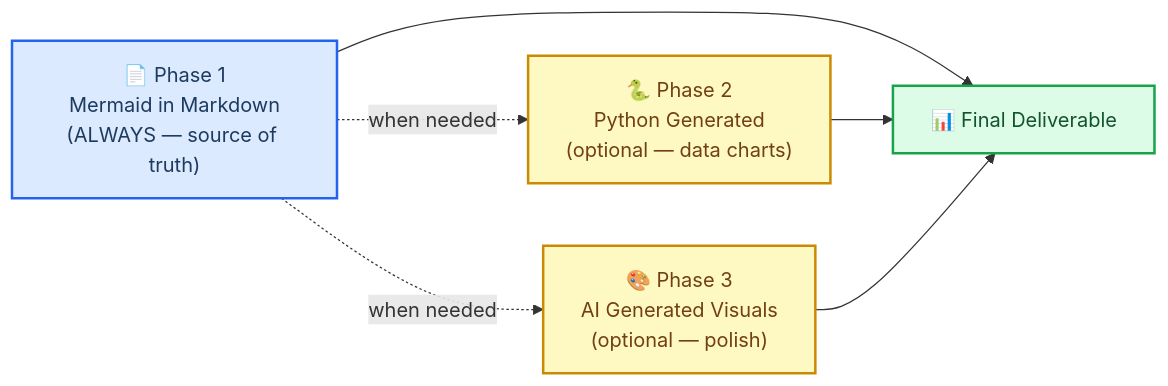
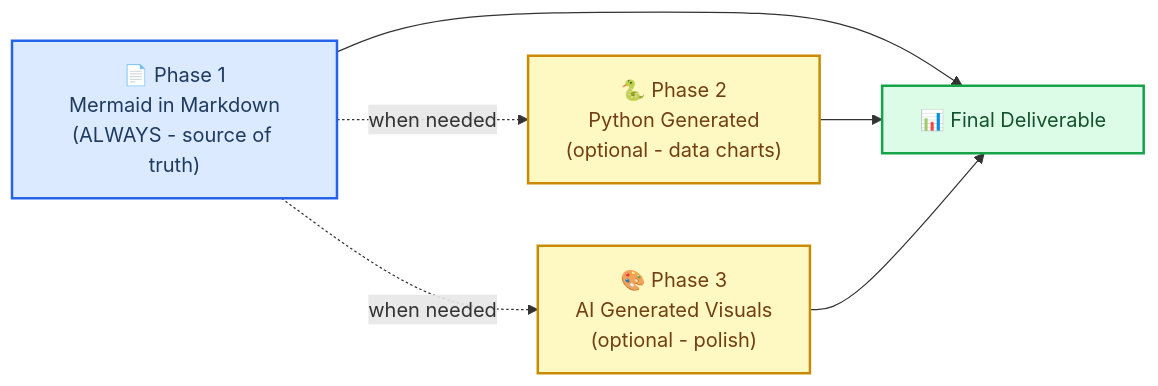
The first of 4 diagrams in skills/spesialis-data-ai-agentic/references/markdown-mermaid-writing_23a048.md (Alarave/hermes-ecc-backup), drawn with Mermaid before and after one commit. The commit also changed other lines of this file and 905 other files, not shown here.

````diff
--- a/skills/spesialis-data-ai-agentic/references/markdown-mermaid-writing_23a048.md
+++ b/skills/spesialis-data-ai-agentic/references/markdown-mermaid-writing_23a048.md
@@ -53,24 +53,24 @@
 ```mermaid
 flowchart LR
     accTitle: Three-Phase Documentation Workflow
     accDescr: Phase 1 Mermaid in markdown is always required and is the source of truth. Phases 2 and 3 are optional downstream conversions for polished output.
 
-    p1["📄 Phase 1<br/>Mermaid in Markdown<br/>(ALWAYS — source of truth)"]
-    p2["🐍 Phase 2<br/>Python Generated<br/>(optional — data charts)"]
-    p3["🎨 Phase 3<br/>AI Generated Visuals<br/>(optional — polish)"]
+    p1["📄 Phase 1<br/>Mermaid in Markdown<br/>(ALWAYS - source of truth)"]
+    p2["🐍 Phase 2<br/>Python Generated<br/>(optional - data charts)"]
+    p3["🎨 Phase 3<br/>AI Generated Visuals<br/>(optional - polish)"]
     out["📊 Final Deliverable"]
 
     p1 --> out
     p1 -.->|"when needed"| p2
     p1 -.->|"when needed"| p3
     p2 --> out
     p3 --> out
 
     classDef required fill:#dbeafe,stroke:#2563eb,stroke-width:2px,color:#1e3a5f
     classDef optional fill:#fef9c3,stroke:#ca8a04,stroke-width:2px,color:#713f12
     classDef output fill:#dcfce7,stroke:#16a34a,stroke-width:2px,color:#14532d
 
     class p1 required
     class p2,p3 optional
     class out output
 ```
````
